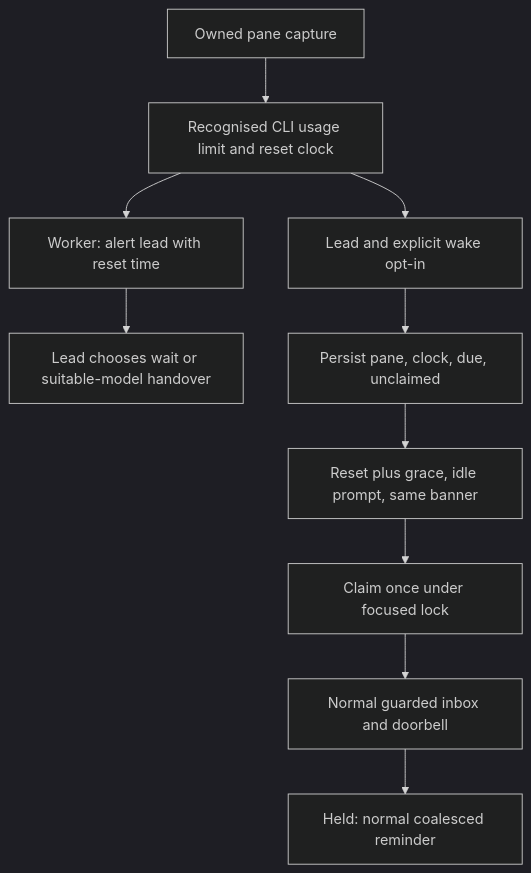
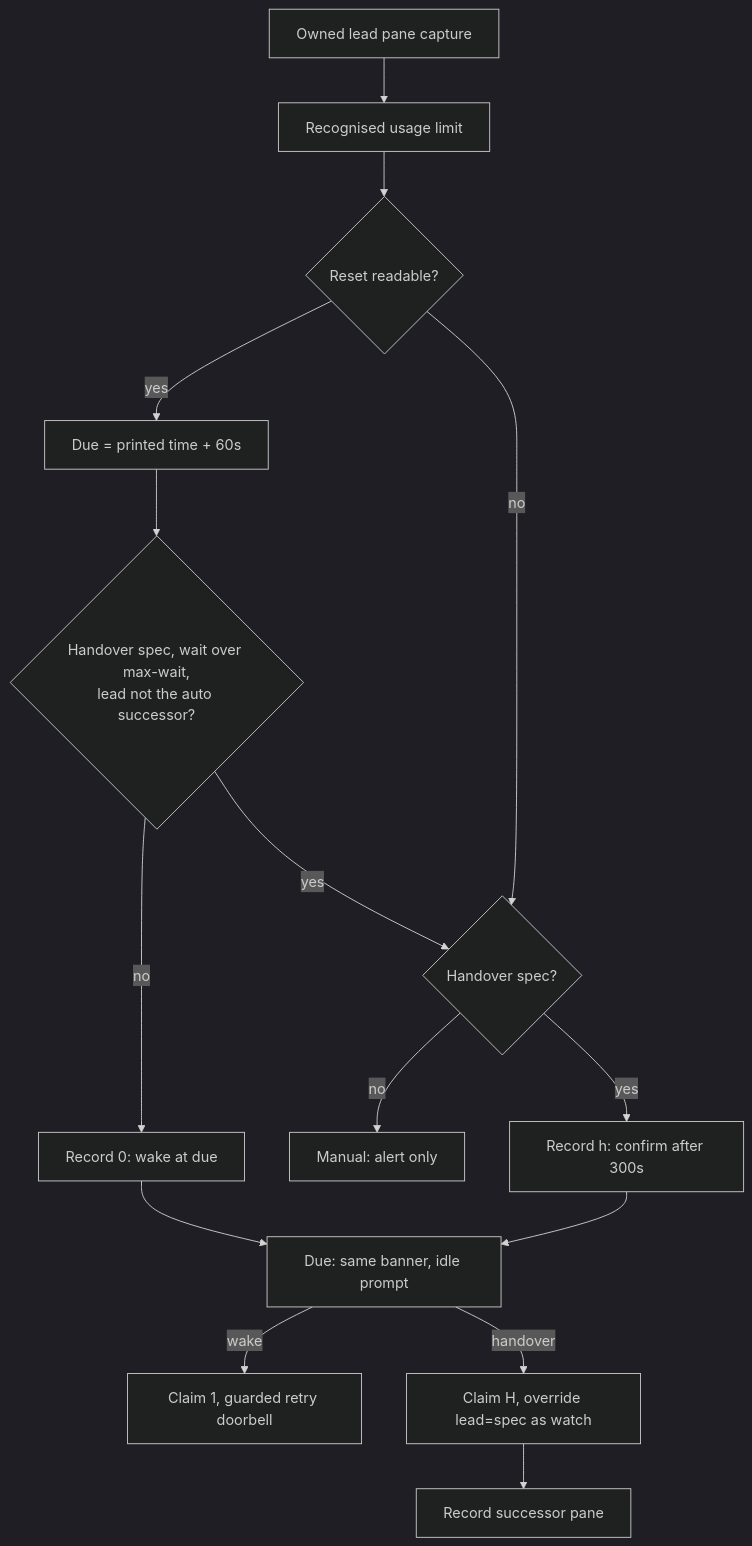
Before and after one commit to mifwar/crew: the diagram in lode/cli/limit-wake.md, drawn with Mermaid (dark theme). The commit also changed other lines of this file and 15 other files, not shown here.

First line of the commit message:
feat(watch): wake lead after weekly resets, hand long limits to a successor

````diff
--- a/lode/cli/limit-wake.md
+++ b/lode/cli/limit-wake.md
@@ -21,12 +25,17 @@
 ```mermaid
 flowchart TD
-  capture[Owned pane capture] --> banner[Recognised CLI usage limit and reset clock]
-  banner --> worker[Worker: alert lead with reset time]
-  worker --> decide[Lead chooses wait or suitable-model handover]
-  banner --> opt[Lead and explicit wake opt-in]
-  opt --> record[Persist pane, clock, due, unclaimed]
-  record --> due[Reset plus grace, idle prompt, same banner]
-  due --> claim[Claim once under focused lock]
-  claim --> deliver[Normal guarded inbox and doorbell]
-  deliver --> held[Held: normal coalesced reminder]
+  capture[Owned lead pane capture] --> banner[Recognised usage limit]
+  banner --> reset{Reset readable?}
+  reset -- yes --> due[Due = printed time + 60s]
+  reset -- no --> spec
+  due --> long{Handover spec, wait over max-wait,<br/>lead not the auto successor?}
+  long -- no --> wake[Record 0: wake at due]
+  long -- yes --> spec{Handover spec?}
+  spec -- no --> manual[Manual: alert only]
+  spec -- yes --> pend[Record h: confirm after 300s]
+  wake --> live[Due: same banner, idle prompt]
+  pend --> live
+  live -- wake --> deliver[Claim 1, guarded retry doorbell]
+  live -- handover --> over[Claim H, override lead=spec as watch]
+  over --> succ[Record successor pane]
 ```
````
